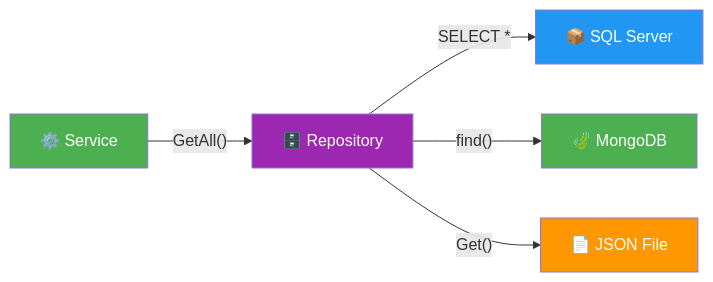
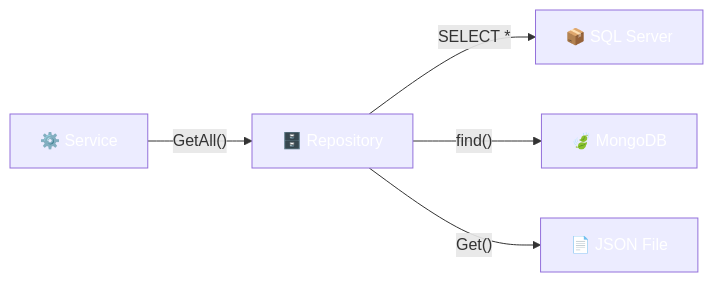
The third of 6 diagrams in 05-arquitectura-pipeline.md (joseluisgs/DesarrolloWebEntornosServidor-02-2026-2027), drawn with Mermaid before and after one commit. The commit also changed other lines of this file and 41 other files, not shown here.

````diff
--- a/05-arquitectura-pipeline.md
+++ b/05-arquitectura-pipeline.md
@@ -142,12 +142,12 @@
 ```mermaid
 flowchart LR
     A["⚙️ Service"] -->|"GetAll()"| B["🗄️ Repository"]
     B -->|"SELECT *"| C["📦 SQL Server"]
     B -->|"find()"| D["🍃 MongoDB"]
     B -->|"Get()"| E["📄 JSON File"]
-    style A fill:#4CAF50,color:#fff
-    style B fill:#9C27B0,color:#fff
-    style C fill:#2196F3,color:#fff
-    style D fill:#4CAF50,color:#fff
-    style E fill:#FF9800,color:#fff
+    style A fill:#4CAF5,color:#fff0,color:#fff
+    style B fill:#9C27B,color:#fff0,color:#fff
+    style C fill:#2196F,color:#fff3,color:#fff
+    style D fill:#4CAF5,color:#fff0,color:#fff
+    style E fill:#FF980,color:#fff0,color:#fff
 ```
````
